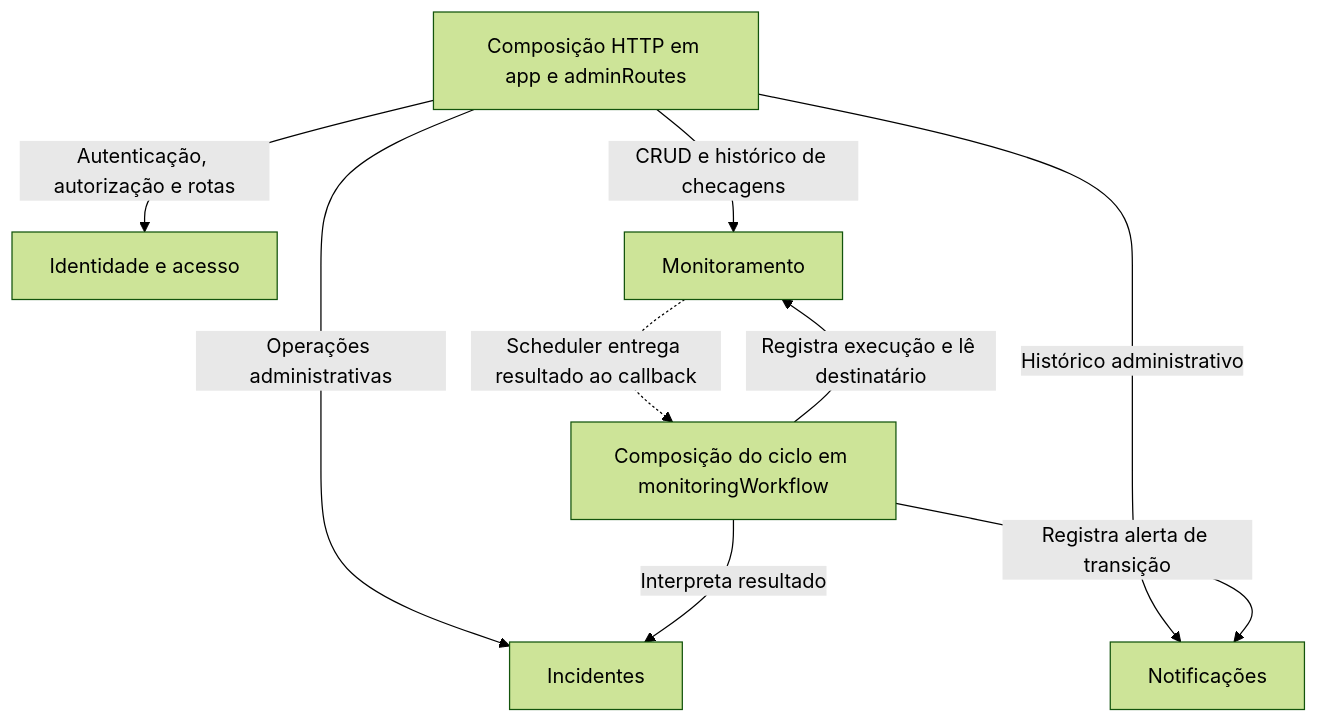
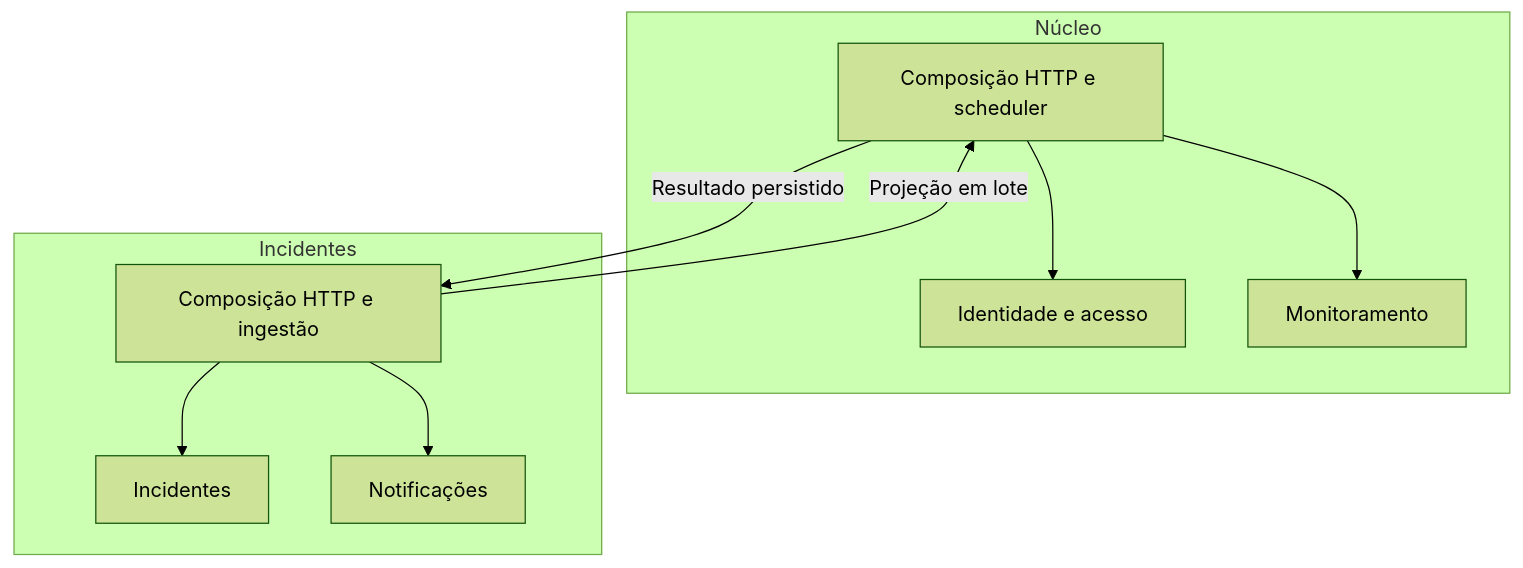
The third of 6 diagrams in docs/architecture.md (danieLx77/uptime-core-PI), drawn with Mermaid (forest theme) before and after one commit. The commit also changed other lines of this file and 10 other files, not shown here.

````diff
--- a/docs/architecture.md
+++ b/docs/architecture.md
@@ -28,11 +27,19 @@
 ```mermaid
 flowchart TD
-    HTTP["Composição HTTP em app e adminRoutes"] -->|Autenticação, autorização e rotas| Identity["Identidade e acesso"]
-    HTTP -->|CRUD e histórico de checagens| Monitoring["Monitoramento"]
-    HTTP -->|Operações administrativas| Incidents["Incidentes"]
-    HTTP -->|Histórico administrativo| Notifications["Notificações"]
-    Flow["Composição do ciclo em monitoringWorkflow"] -->|Registra execução e lê destinatário| Monitoring
-    Flow -->|Interpreta resultado| Incidents
-    Flow -->|Registra alerta de transição| Notifications
-    Monitoring -. "Scheduler entrega resultado ao callback" .-> Flow
+    subgraph Core["Núcleo"]
+      Identity["Identidade e acesso"]
+      Monitoring["Monitoramento"]
+      CoreFlow["Composição HTTP e scheduler"]
+      CoreFlow --> Identity
+      CoreFlow --> Monitoring
+    end
+    subgraph Ops["Incidentes"]
+      Intake["Composição HTTP e ingestão"]
+      Lifecycle["Incidentes"]
+      Notifications["Notificações"]
+      Intake --> Lifecycle
+      Intake --> Notifications
+    end
+    CoreFlow -->|Resultado persistido| Intake
+    Intake -->|Projeção em lote| CoreFlow
 ```
````
